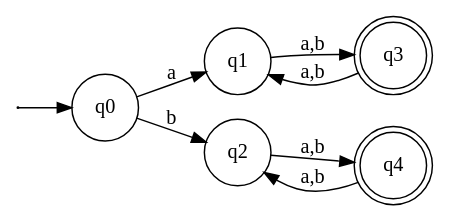
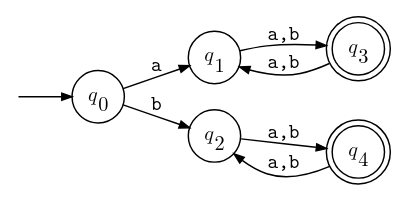
Before and after one commit to karlstroetmann/Formal-Languages: the diagram in Lecture-Notes/Abbildungen/nicht-gleichwertig.dot, drawn with Graphviz. The commit also changed other lines of this file and 57 other files, not shown here.

First line of the commit message:
Redraw the remaining EPS figures of the lecture notes as PDFs

```diff
--- a/Lecture-Notes/Abbildungen/nicht-gleichwertig.dot
+++ b/Lecture-Notes/Abbildungen/nicht-gleichwertig.dot
@@ -1,22 +1,23 @@
-digraph G {    
-    shape   = circle;
-    rankdir = LR;
-    size    = "5,7";
-
-    start [label="",width=0.00001,height=0.00001];
+digraph G {
+    // The states are labelled in Latin Modern Math, like $q_0$ in the lecture
+    // notes, the transitions in Latin Modern Mono, like \texttt{a}.
+    rankdir=LR;
+    node [shape=circle, fixedsize=true, width=0.5,
+          fontname="Latin Modern Math", fontsize=14];
+    edge [fontname="Latin Modern Mono", fontsize=14, arrowsize=0.7];
+    start [shape=none, label="", width=0, height=0];
 
     start -> 0;
-    0 [label = "q0", shape = circle];
-    1 [label = "q1", shape = circle];
-    2 [label = "q2", shape = circle];
-    3 [label = "q3", shape = circle, peripheries = 2];
-    4 [label = "q4", shape = circle, peripheries = 2];
+    0 [label=<𝑞<SUB>0</SUB>>];
+    1 [label=<𝑞<SUB>1</SUB>>];
+    2 [label=<𝑞<SUB>2</SUB>>];
+    3 [label=<𝑞<SUB>3</SUB>>, shape=doublecircle];
+    4 [label=<𝑞<SUB>4</SUB>>, shape=doublecircle];
 
-
-    0 -> 1 [label = "a"];
-    1 -> 3 [label = "a,b"];
-    3 -> 1 [label = "a,b"];
-    0 -> 2 [label = "b"];
-    2 -> 4 [label = "a,b"];
-    4 -> 2 [label = "a,b"];
+    0 -> 1 [label="a"];
+    1 -> 3 [label="a,b"];
+    3 -> 1 [label="a,b"];
+    0 -> 2 [label="b"];
+    2 -> 4 [label="a,b"];
+    4 -> 2 [label="a,b"];
 }
```
